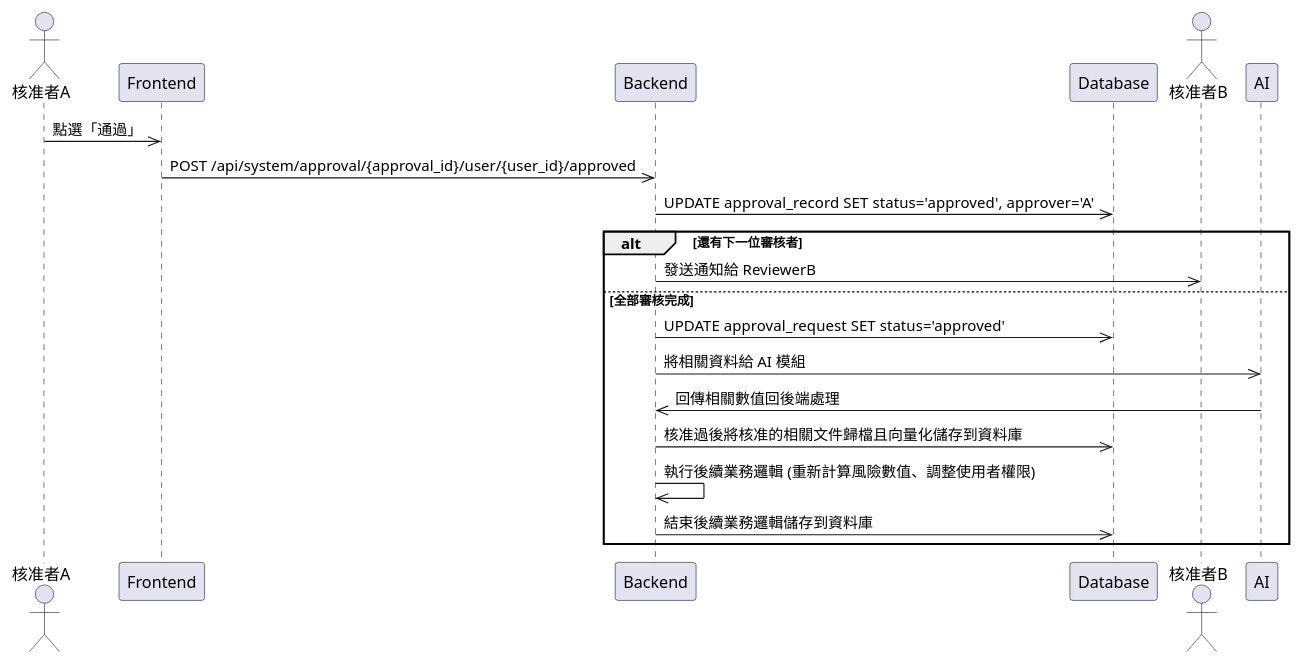
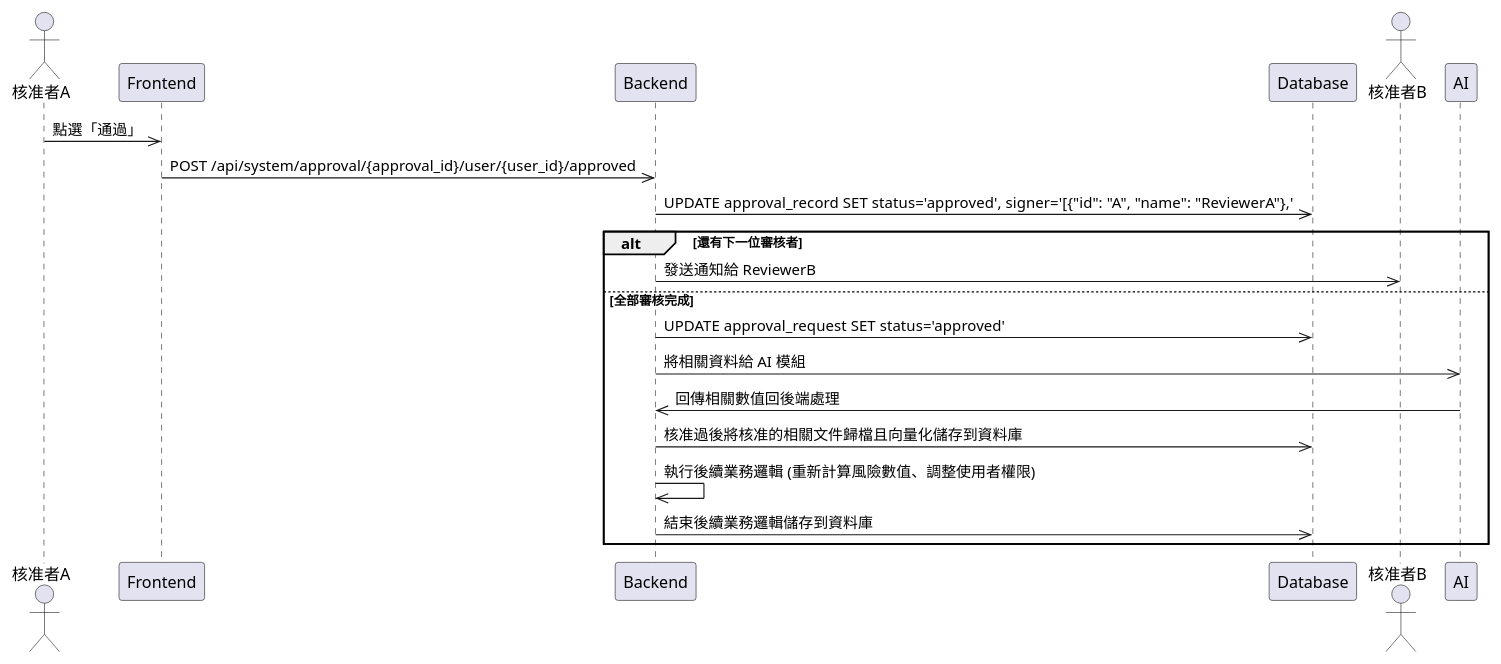
One commit to walle45611/NTUB_SecuManag_Diagram changed the diagram in plantUML/sequence/approval_allow.puml. Above: the diagram before and after it, drawn with PlantUML. The commit also changed 13 other files, not shown here.

Commit message:
(modify): 調整各個圖格式，調整路徑，新增一些圖 (#21)

```diff
--- a/plantUML/sequence/approval_allow.puml
+++ b/plantUML/sequence/approval_allow.puml
@@ -1,23 +1,23 @@
 @startuml
 
 actor ReviewerA as "核准者A"
 participant Frontend
 participant Backend
 participant Database
 actor ReviewerB as "核准者B"
 
 ReviewerA ->> Frontend: 點選「通過」
 Frontend ->> Backend: POST /api/system/approval/{approval_id}/user/{user_id}/approved
-Backend ->> Database: UPDATE approval_record SET status='approved', approver='A'
+Backend ->> Database: UPDATE approval_record SET status='approved', signer='[{"id": "A", "name": "ReviewerA"},'
 
 alt 還有下一位審核者
     Backend ->> ReviewerB: 發送通知給 ReviewerB
 else 全部審核完成
     Backend ->> Database: UPDATE approval_request SET status='approved'
     Backend ->> AI :將相關資料給 AI 模組
     AI ->> Backend : 回傳相關數值回後端處理
     Backend ->> Database: 核准過後將核准的相關文件歸檔且向量化儲存到資料庫
     Backend ->> Backend: 執行後續業務邏輯 (重新計算風險數值、調整使用者權限)
     Backend ->> Database: 結束後續業務邏輯儲存到資料庫
 end
 @enduml
```
